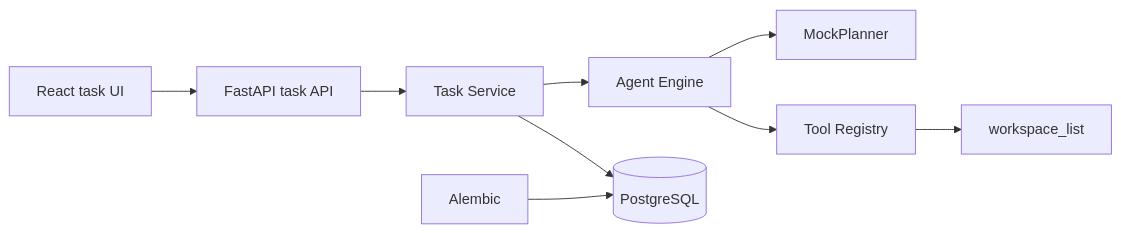
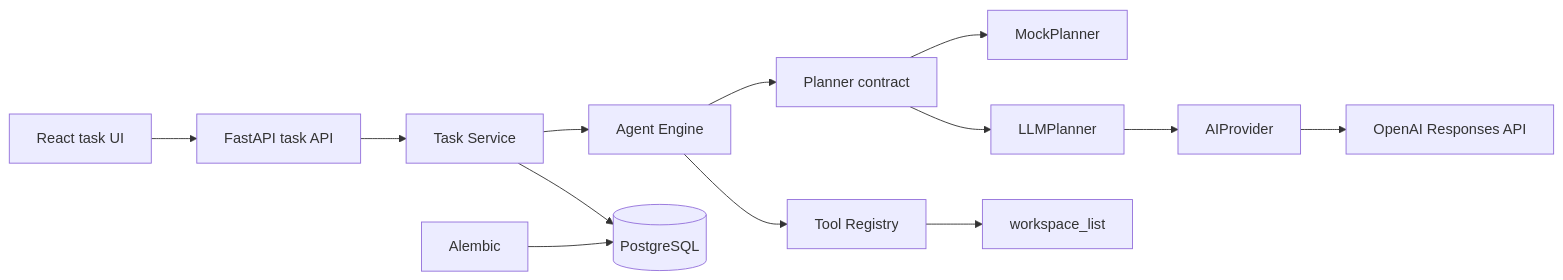
One commit to EstiveJobson/aura changed the diagram in README.md. Above: the diagram before and after it, drawn with Mermaid. The commit also changed other lines of this file and 26 other files, not shown here.

````diff
--- a/README.md
+++ b/README.md
@@ -31,11 +33,15 @@
 ```mermaid
 flowchart LR
     UI[React task UI] --> API[FastAPI task API]
     API --> SERVICE[Task Service]
     SERVICE --> ENGINE[Agent Engine]
-    ENGINE --> PLANNER[MockPlanner]
+    ENGINE --> PLANNER[Planner contract]
+    PLANNER --> MOCK[MockPlanner]
+    PLANNER --> LLM[LLMPlanner]
+    LLM --> PROVIDER[AIProvider]
+    PROVIDER --> OPENAI[OpenAI Responses API]
     ENGINE --> REGISTRY[Tool Registry]
     REGISTRY --> TOOL[workspace_list]
     SERVICE --> DB[(PostgreSQL)]
     MIG[Alembic] --> DB
 ```
````
